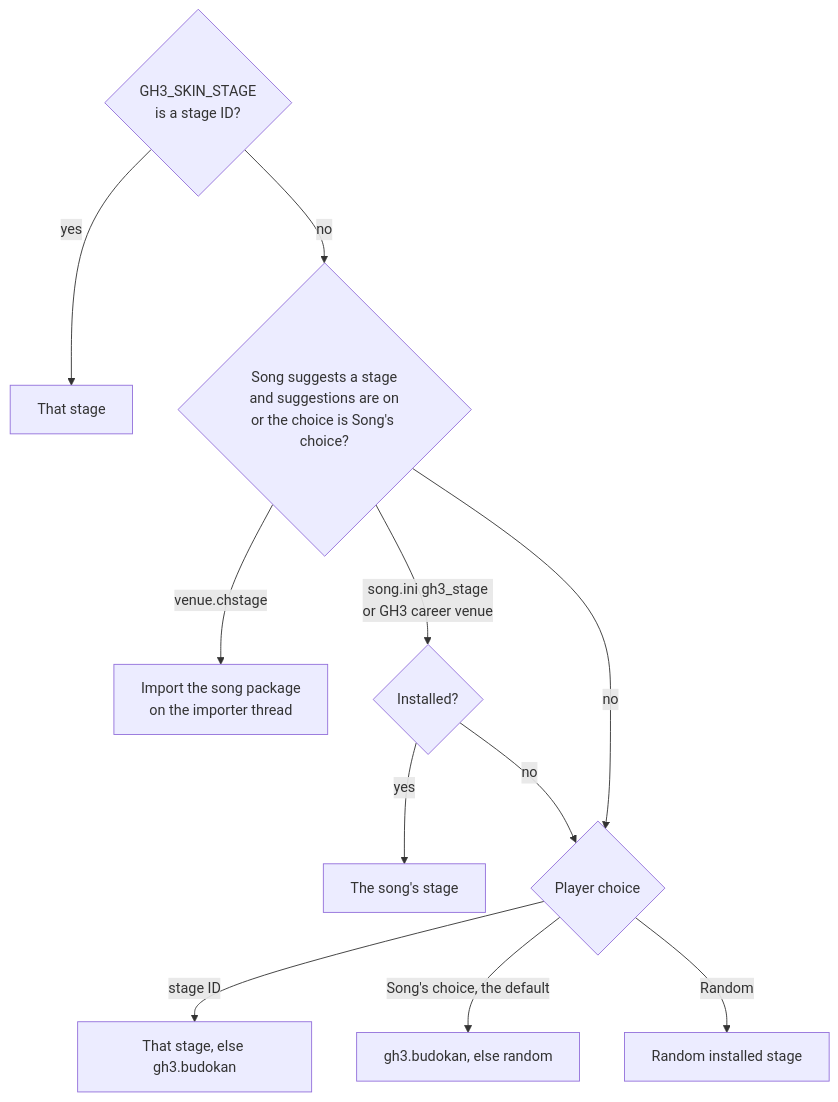
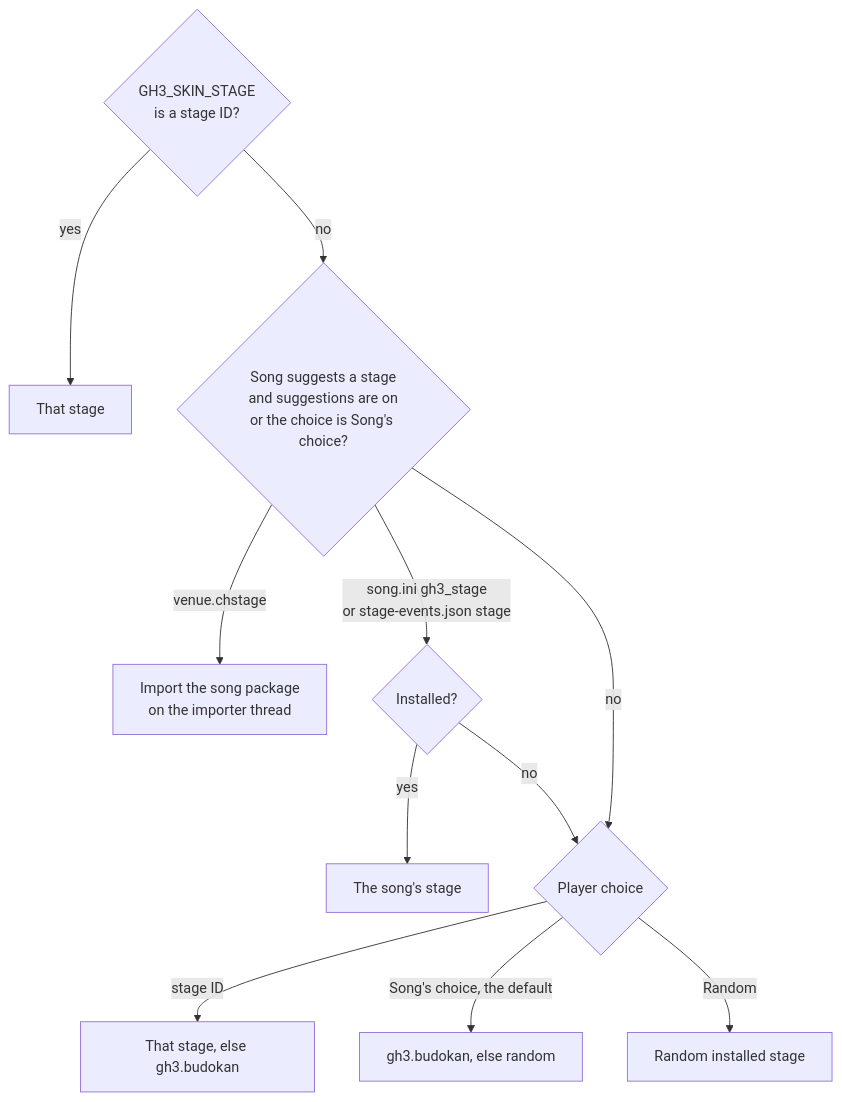
One commit to heditwo/gh3-clonehero-skin changed the second of 4 diagrams in docs/ARCHITECTURE.md. Above: the diagram before and after it, drawn with Mermaid. The commit also changed other lines of this file and 7 other files, not shown here.

````diff
--- a/docs/ARCHITECTURE.md
+++ b/docs/ARCHITECTURE.md
@@ -80,13 +80,13 @@
 ```mermaid
 flowchart TD
     Env{GH3_SKIN_STAGE<br/>is a stage ID?} -- yes --> Fixed[That stage]
     Env -- no --> Suggest{Song suggests a stage<br/>and suggestions are on<br/>or the choice is Song's choice?}
     Suggest -- venue.chstage --> SongPackage[Import the song package<br/>on the importer thread]
-    Suggest -- song.ini gh3_stage<br/>or GH3 career venue --> Installed{Installed?}
+    Suggest -- song.ini gh3_stage<br/>or stage-events.json stage --> Installed{Installed?}
     Installed -- yes --> SongStage[The song's stage]
     Installed -- no --> Choice
     Suggest -- no --> Choice{Player choice}
     Choice -- stage ID --> Picked[That stage, else gh3.budokan]
     Choice -- Song's choice, the default --> Fallback[gh3.budokan, else random]
     Choice -- Random --> Random[Random installed stage]
 ```
````
